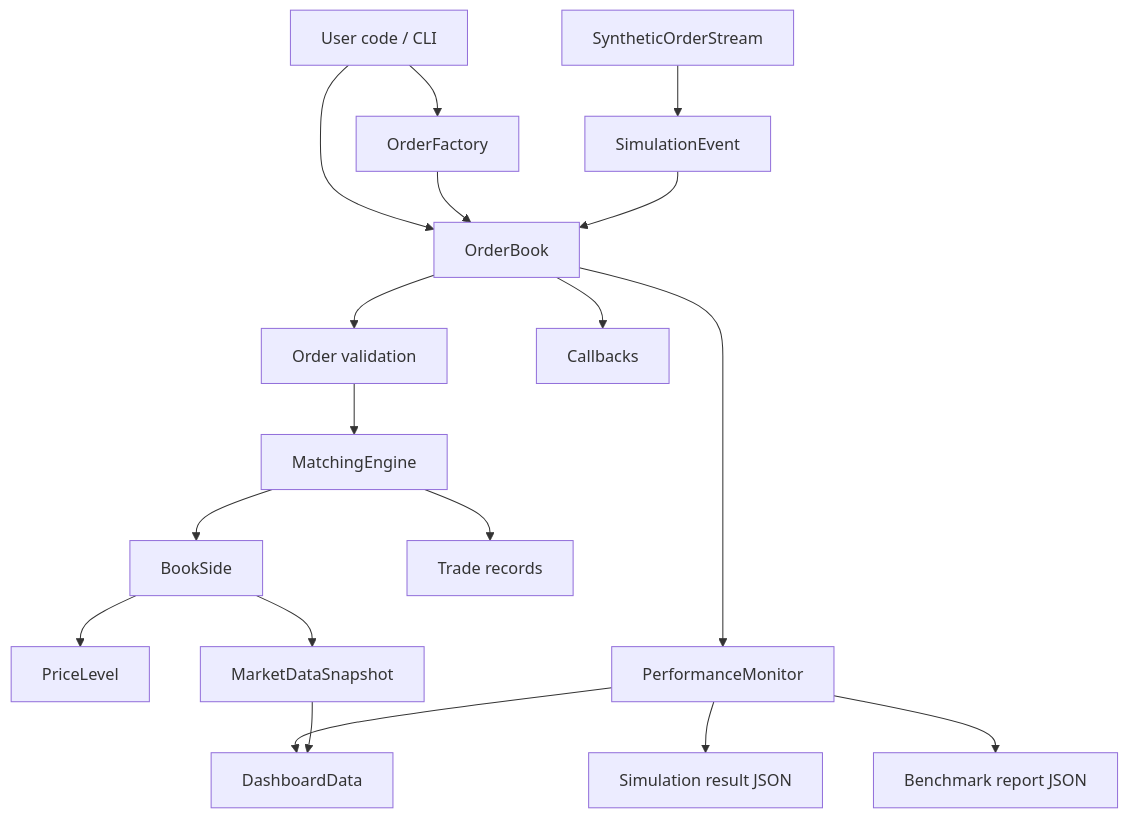
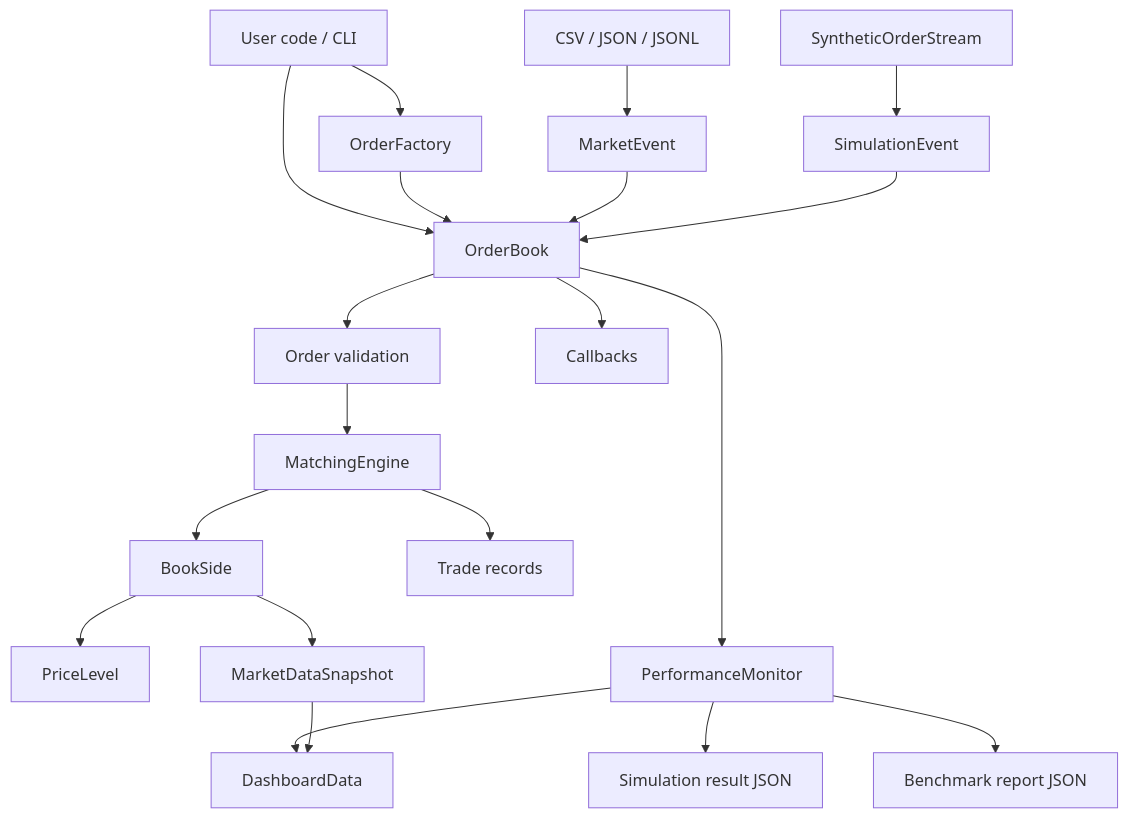
The first of 2 diagrams in docs/architecture.md (Taz33m/tracebook), drawn with Mermaid before and after one commit. The commit also changed other lines of this file and 60 other files, not shown here.

````diff
--- a/docs/architecture.md
+++ b/docs/architecture.md
@@ -7,20 +7,22 @@
 ```mermaid
 flowchart TD
     A["User code / CLI"] --> B["OrderFactory"]
     A --> C["OrderBook"]
     B --> C
     C --> D["Order validation"]
     D --> E["MatchingEngine"]
     E --> F["BookSide"]
     F --> G["PriceLevel"]
     E --> H["Trade records"]
     F --> I["MarketDataSnapshot"]
     J["SyntheticOrderStream"] --> K["SimulationEvent"]
+    Q["CSV / JSON / JSONL"] --> R["MarketEvent"]
+    R --> C
     K --> C
     C --> L["Callbacks"]
     C --> M["PerformanceMonitor"]
     M --> N["Simulation result JSON"]
     M --> O["Benchmark report JSON"]
     M --> P["DashboardData"]
     I --> P
 ```
````
